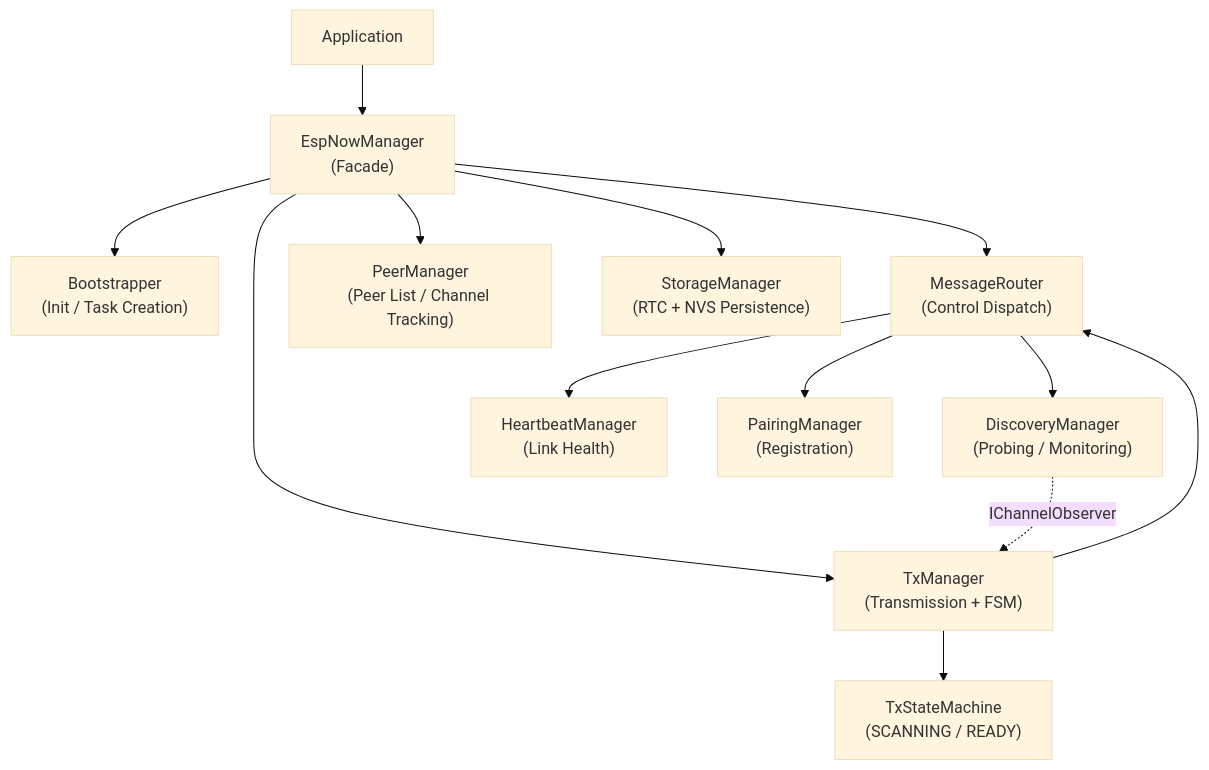
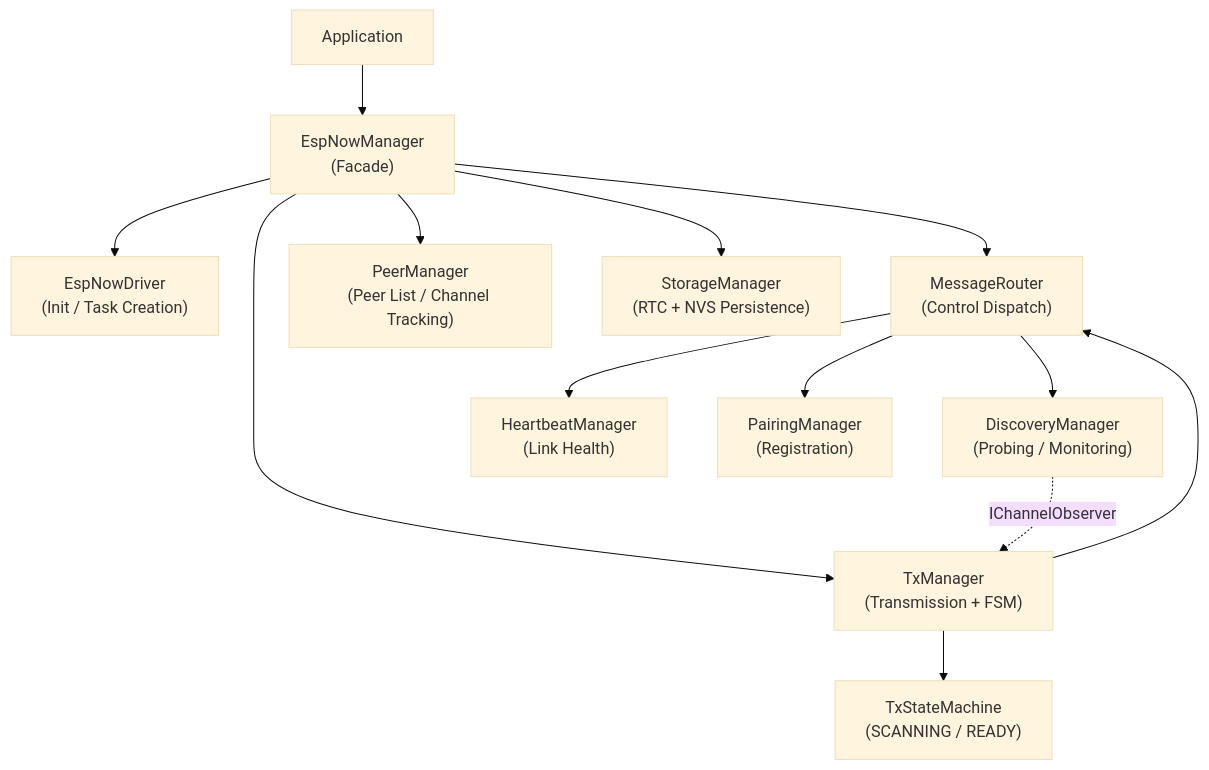
Before and after one commit to aluiziotomazelli/espnow_manager: the first of 2 diagrams in DESIGN.md, drawn with Mermaid (base theme). The commit also changed other lines of this file and 3 other files, not shown here.

Commit message:
refactor: rename Bootstrapper to EspNowDriver in documentation and analysis reports

````diff
--- a/DESIGN.md
+++ b/DESIGN.md
@@ -11,19 +11,19 @@
 ```mermaid
 graph TD
     App["Application"] --> EM["EspNowManager\n(Facade)"]
 
-    EM --> BS["Bootstrapper\n(Init / Task Creation)"]
+    EM --> BS["EspNowDriver\n(Init / Task Creation)"]
     EM --> MR["MessageRouter\n(Control Dispatch)"]
     EM --> TM["TxManager\n(Transmission + FSM)"]
     EM --> PM["PeerManager\n(Peer List / Channel Tracking)"]
     EM --> SM["StorageManager\n(RTC + NVS Persistence)"]
 
     MR --> DM["DiscoveryManager\n(Probing / Monitoring)"]
     MR --> HM["HeartbeatManager\n(Link Health)"]
     MR --> PR["PairingManager\n(Registration)"]
 
     TM --> TS["TxStateMachine\n(SCANNING / READY)"]
     TM --> MR
     
     DM -.->|IChannelObserver| TM
 ```
````
